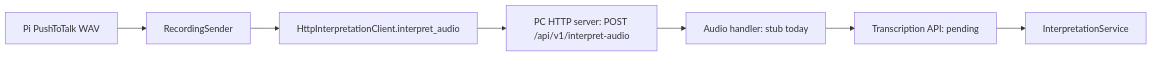
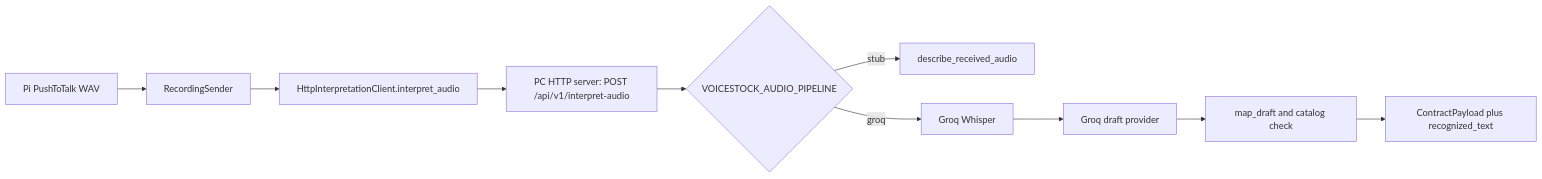
The first of 2 diagrams in docs/architecture/audio-interpretation-integration.md (tpII/2026-g3-voicestock), drawn with Mermaid before and after one commit. The commit also changed other lines of this file and 26 other files, not shown here.

First line of the commit message:
feat(pc): integrate real audio transcription and interpretation

````diff
--- a/docs/architecture/audio-interpretation-integration.md
+++ b/docs/architecture/audio-interpretation-integration.md
@@ -9,9 +9,12 @@
 ```mermaid
 flowchart LR
     A[Pi PushToTalk WAV] --> B[RecordingSender]
     B --> C[HttpInterpretationClient.interpret_audio]
     C --> D[PC HTTP server: POST /api/v1/interpret-audio]
-    D --> E[Audio handler: stub today]
-    E --> F[Transcription API: pending]
-    F --> G[InterpretationService]
+    D --> E{VOICESTOCK_AUDIO_PIPELINE}
+    E -->|stub| F[describe_received_audio]
+    E -->|groq| G[Groq Whisper]
+    G --> H[Groq draft provider]
+    H --> I[map_draft and catalog check]
+    I --> J[ContractPayload plus recognized_text]
 ```
````
